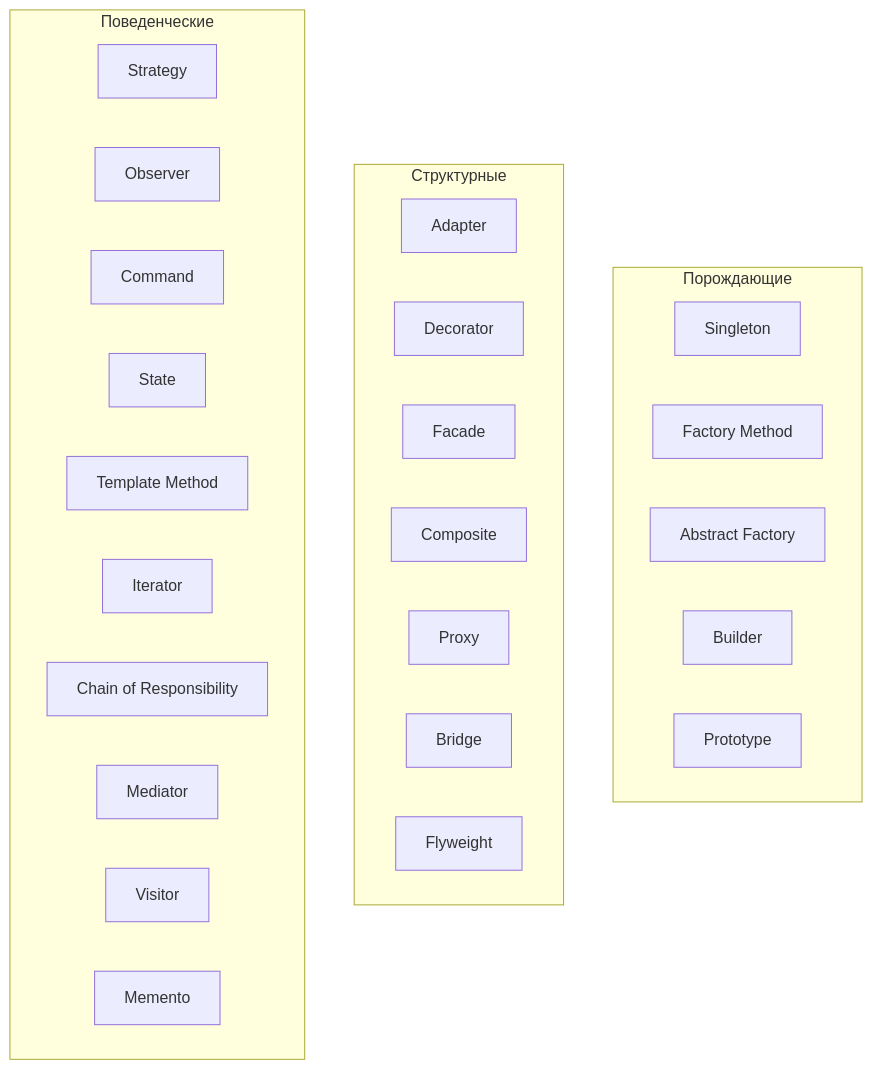
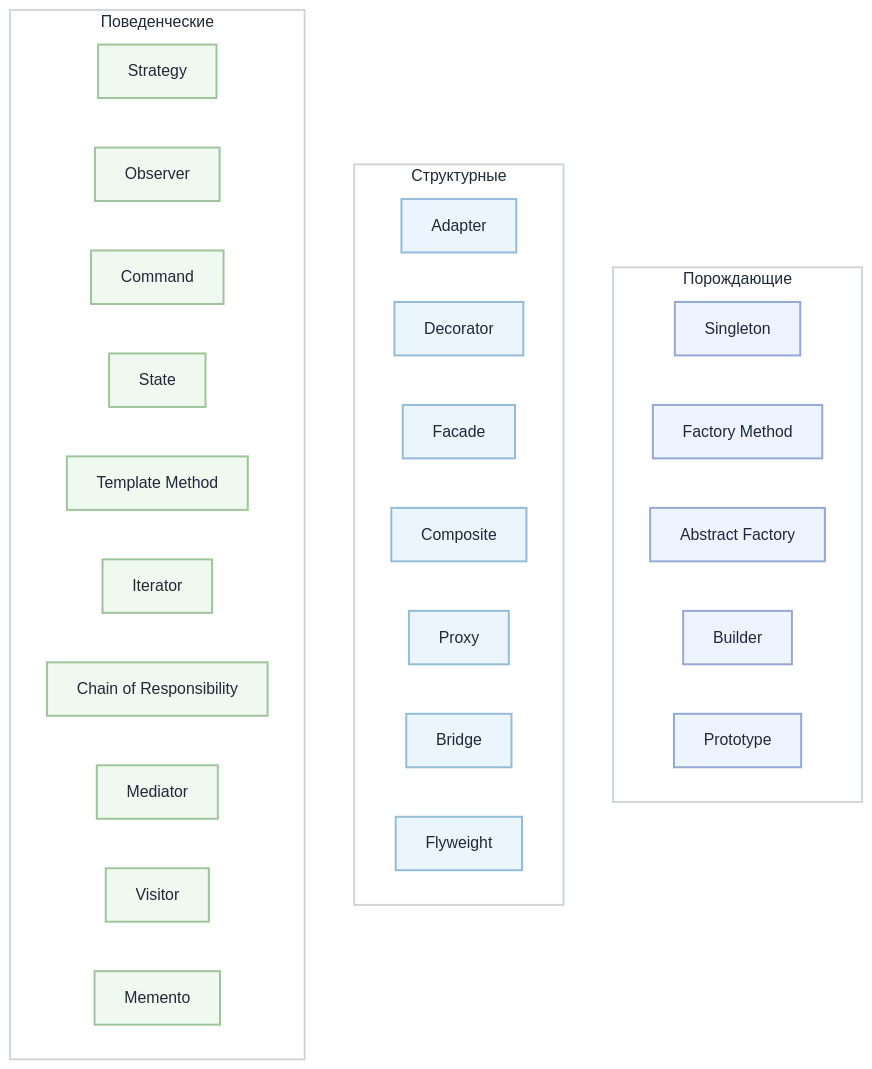
One commit to MishaSytch/middle_java_back changed the second of 16 diagrams in docs/interview/design-patterns.md. Above: the diagram before and after it, drawn with Mermaid. The commit also changed other lines of this file and 15 other files, not shown here.

````diff
--- a/docs/interview/design-patterns.md
+++ b/docs/interview/design-patterns.md
@@ -24,31 +33,62 @@
 ```mermaid
+%%{init: { 'theme': 'neutral', 'themeVariables': { 'primaryColor': '#ffffff', 'primaryTextColor': '#1f2937', 'lineColor': '#6b7280', 'primaryBorderColor': '#d1d5db', 'secondaryColor': '#f3f4f6', 'tertiaryColor': '#e5e7eb' } } }%%
 flowchart TB
     subgraph C[Порождающие]
         C1[Singleton]
         C2[Factory Method]
         C3[Abstract Factory]
         C4[Builder]
         C5[Prototype]
     end
     subgraph S[Структурные]
         S1[Adapter]
         S2[Decorator]
         S3[Facade]
         S4[Composite]
         S5[Proxy]
         S6[Bridge]
         S7[Flyweight]
     end
     subgraph B[Поведенческие]
         B1[Strategy]
         B2[Observer]
         B3[Command]
         B4[State]
         B5[Template Method]
         B6[Iterator]
         B7[Chain of Responsibility]
         B8[Mediator]
         B9[Visitor]
         B10[Memento]
     end
+    classDef n0 fill:#eef4ff,stroke:#93a8d4,stroke-width:2px,color:#1f2937
+    classDef n1 fill:#eaf5fd,stroke:#94bcd8,stroke-width:2px,color:#1f2937
+    classDef n2 fill:#f0f9ef,stroke:#9dc49a,stroke-width:2px,color:#1f2937
+    classDef n3 fill:#f6eefa,stroke:#bb9ed4,stroke-width:2px,color:#1f2937
+    classDef n4 fill:#ffffff,stroke:#d1d5db,stroke-width:2px,color:#1f2937
+    class C n4
+    class C1 n0
+    class C2 n0
+    class C3 n0
+    class C4 n0
+    class C5 n0
+    class S n4
+    class S1 n1
+    class S2 n1
+    class S3 n1
+    class S4 n1
+    class S5 n1
+    class S6 n1
+    class S7 n1
+    class B n4
+    class B1 n2
+    class B2 n2
+    class B3 n2
+    class B4 n2
+    class B5 n2
+    class B6 n2
+    class B7 n2
+    class B8 n2
+    class B9 n2
+    class B10 n2
 ```
````
